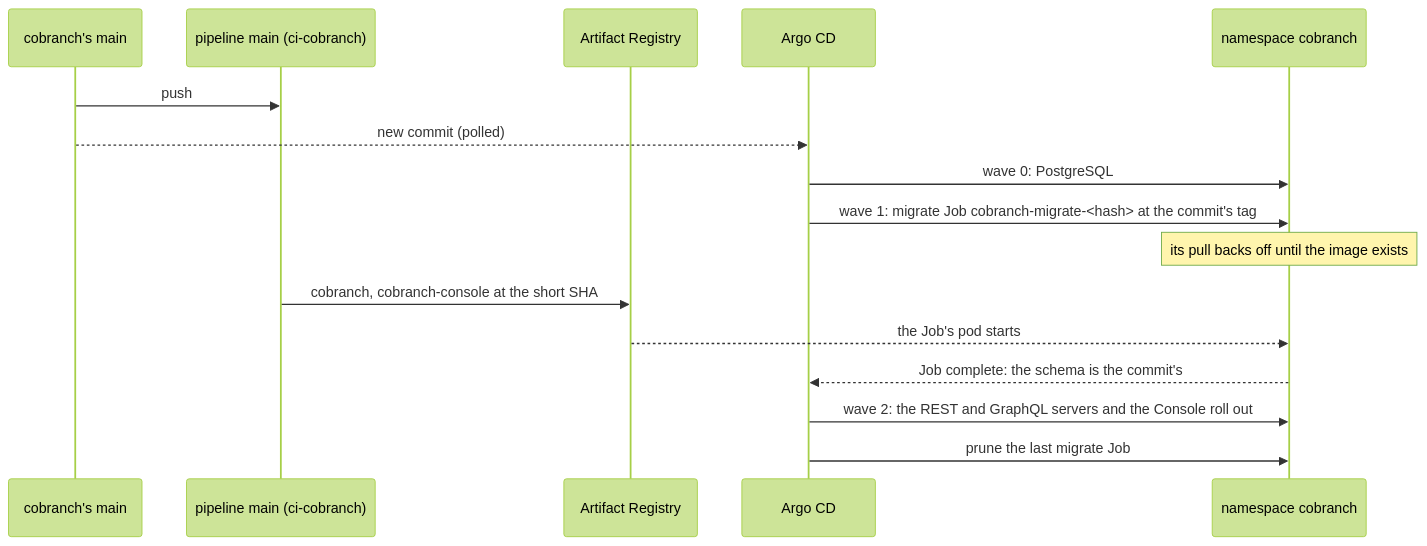
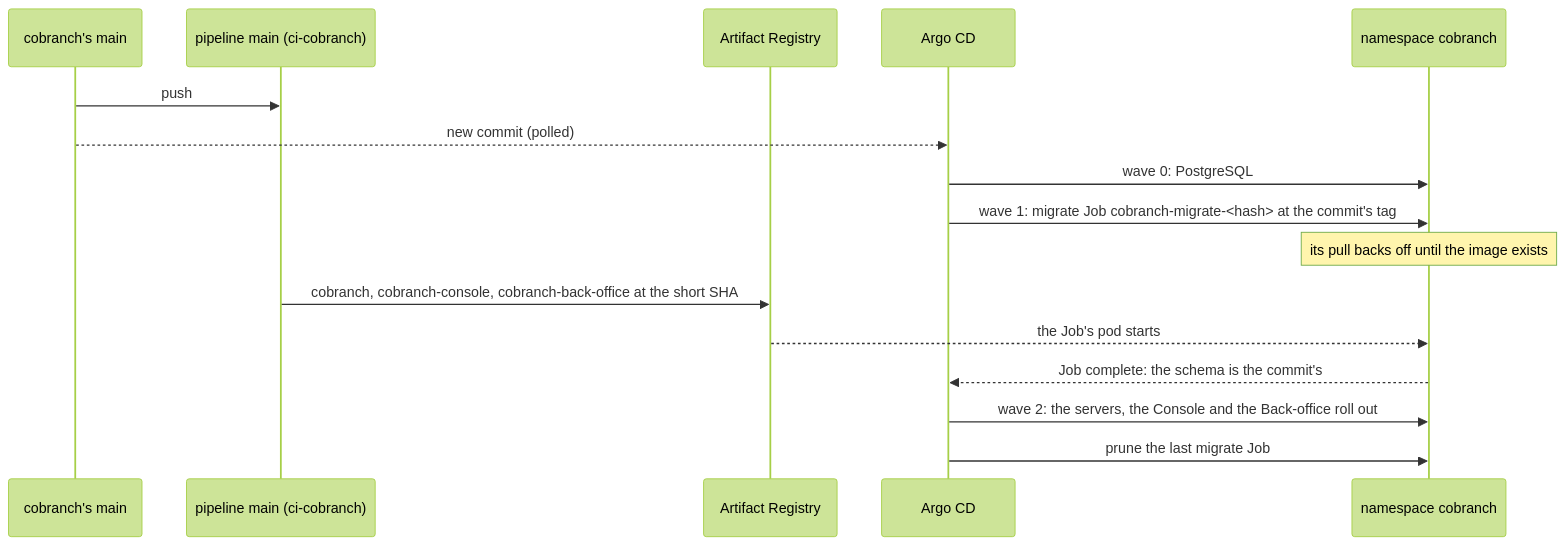
The second of 2 diagrams in docs/delivery/designs/cobranch.md (arikkfir-org/delivery), drawn with Mermaid (forest theme) before and after one commit. The commit also changed other lines of this file and 9 other files, not shown here.

First line of the commit message:
feat(cobranch): run the Admin server and the Back-office

````diff
--- a/docs/delivery/designs/cobranch.md
+++ b/docs/delivery/designs/cobranch.md
@@ -39,18 +39,18 @@
 ```mermaid
 sequenceDiagram
   participant G as cobranch's main
   participant P as pipeline main (ci-cobranch)
   participant R as Artifact Registry
   participant A as Argo CD
   participant K as namespace cobranch
   G->>P: push
   G-->>A: new commit (polled)
   A->>K: wave 0: PostgreSQL
   A->>K: wave 1: migrate Job cobranch-migrate-<hash> at the commit's tag
   Note over K: its pull backs off until the image exists
-  P->>R: cobranch, cobranch-console at the short SHA
+  P->>R: cobranch, cobranch-console, cobranch-back-office at the short SHA
   R-->>K: the Job's pod starts
   K-->>A: Job complete: the schema is the commit's
-  A->>K: wave 2: the REST and GraphQL servers and the Console roll out
+  A->>K: wave 2: the servers, the Console and the Back-office roll out
   A->>K: prune the last migrate Job
 ```
````
